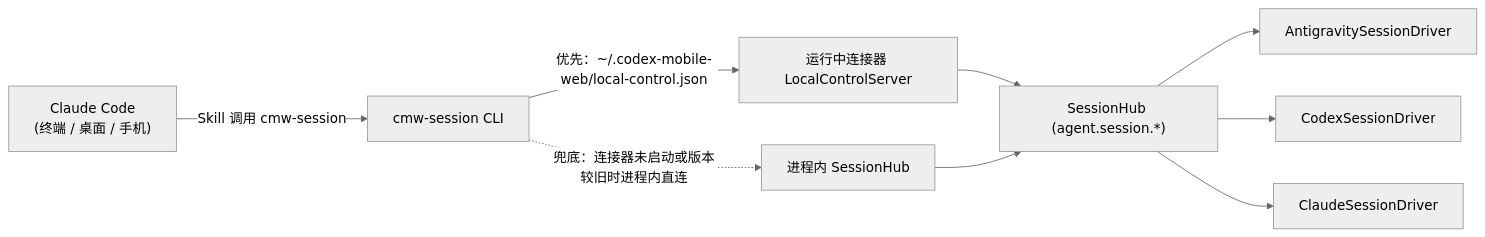
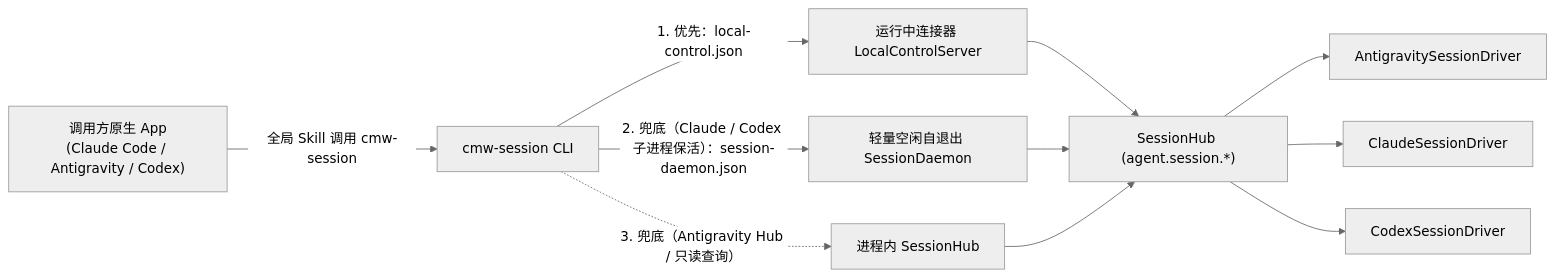
The diagram in docs/sessions/DESIGN.md (hzx829/codex-mobile-web), drawn with Mermaid (neutral theme) before and after one commit. The commit also changed other lines of this file and 7 other files, not shown here.

Commit message:
Add Antigravity-to-Claude session daemon, actor detection, and global skill

````diff
--- a/docs/sessions/DESIGN.md
+++ b/docs/sessions/DESIGN.md
@@ -18,11 +21,13 @@
 ```mermaid
 flowchart LR
-    CC["Claude Code<br/>(终端 / 桌面 / 手机)"] -->|"Skill 调用 cmw-session"| CLI["cmw-session CLI"]
-    CLI -->|"优先：~/.codex-mobile-web/local-control.json"| LC["运行中连接器 LocalControlServer"]
-    CLI -.->|"兜底：连接器未启动或版本较旧时进程内直连"| Direct["进程内 SessionHub"]
+    Caller["调用方原生 App<br/>(Claude Code / Antigravity / Codex)"] -->|"全局 Skill 调用 cmw-session"| CLI["cmw-session CLI"]
+    CLI -->|"1. 优先：local-control.json"| LC["运行中连接器 LocalControlServer"]
+    CLI -->|"2. 兜底（Claude / Codex 子进程保活）：session-daemon.json"| SD["轻量空闲自退出 SessionDaemon"]
+    CLI -.->|"3. 兜底（Antigravity Hub / 只读查询）"| Direct["进程内 SessionHub"]
     LC --> SH["SessionHub (agent.session.*)"]
+    SD --> SH
     Direct --> SH
     SH --> AG["AntigravitySessionDriver"]
+    SH --> CLB["ClaudeSessionDriver"]
     SH --> CDX["CodexSessionDriver"]
-    SH --> CLB["ClaudeSessionDriver"]
 ```
````
